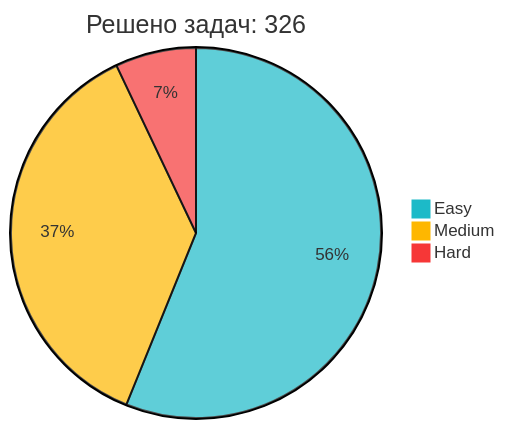
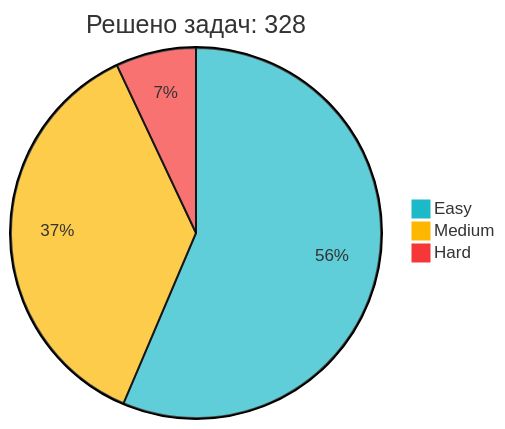
Before and after one commit to IliaKurdukov/IliaKurdukov: the diagram in README.md, drawn with Mermaid. The commit also changed other lines of this file, not shown here.

Commit message:
📈 Обновление статистики LeetCode

````diff
--- a/README.md
+++ b/README.md
@@ -51,7 +51,7 @@
 ```mermaid
 %%{init: {'theme': 'base', 'themeVariables': { 'pie1': '#1CBAC8', 'pie2': '#FEB700', 'pie3': '#F63737' }, 'config': {'width': 300, 'height': 200}}}%%
-pie title Решено задач: 326
-   "Easy" : 183
+pie title Решено задач: 328
+   "Easy" : 185
    "Medium" : 120
    "Hard" : 23
 ```
````
